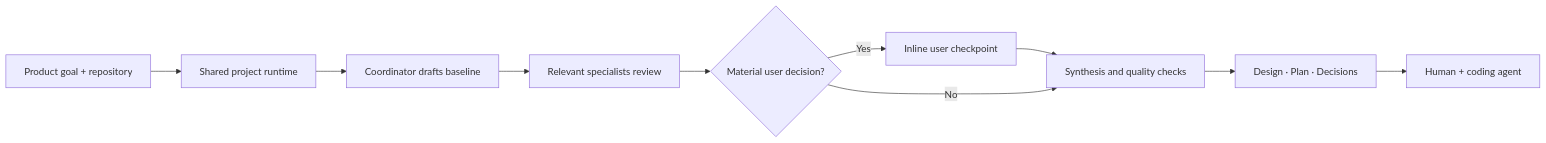
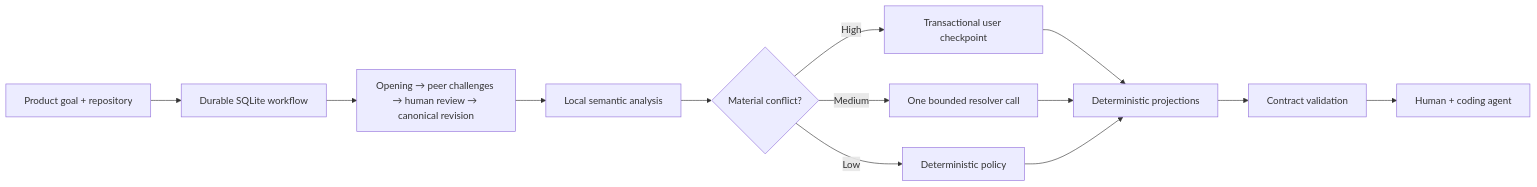
The diagram in README.md (ankurv/DesignFlow), drawn with Mermaid before and after one commit. The commit also changed other lines of this file and 47 other files, not shown here.

````diff
--- a/README.md
+++ b/README.md
@@ -9,12 +9,15 @@
 ```mermaid
 flowchart LR
-    Goal["Product goal + repository"] --> Runtime["Shared project runtime"]
-    Runtime --> Draft["Coordinator drafts baseline"]
-    Draft --> Review["Relevant specialists review"]
-    Review --> Decision{"Material user decision?"}
-    Decision -->|Yes| User["Inline user checkpoint"]
-    User --> Refine["Synthesis and quality checks"]
-    Decision -->|No| Refine
-    Refine --> Output["Design · Plan · Decisions"]
-    Output --> Builder["Human + coding agent"]
+    Goal["Product goal + repository"] --> State["Durable SQLite workflow"]
+    State --> Proposals["Opening → peer challenges → human review → canonical revision"]
+    Proposals --> Analyze["Local semantic analysis"]
+    Analyze --> Decision{"Material conflict?"}
+    Decision -->|High| User["Transactional user checkpoint"]
+    Decision -->|Medium| Resolve["One bounded resolver call"]
+    Decision -->|Low| Policy["Deterministic policy"]
+    User --> Output["Deterministic projections"]
+    Resolve --> Output
+    Policy --> Output
+    Output --> Gate["Contract validation"]
+    Gate --> Builder["Human + coding agent"]
 ```
````
